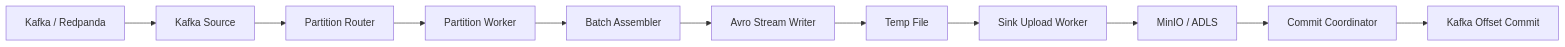
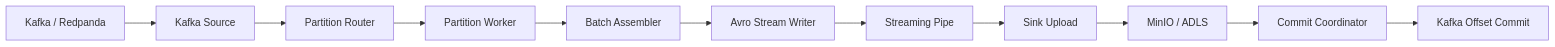
One commit to henrrs/data-ingestion-runtime changed the diagram in docs/architecture/current-connector-flow.md. Above: the diagram before and after it, drawn with Mermaid. The commit also changed other lines of this file and 22 other files, not shown here.

````diff
--- a/docs/architecture/current-connector-flow.md
+++ b/docs/architecture/current-connector-flow.md
@@ -19,13 +19,13 @@
 ```mermaid
 flowchart LR
     A["Kafka / Redpanda"] --> B["Kafka Source"]
     B --> C["Partition Router"]
     C --> D["Partition Worker"]
     D --> E["Batch Assembler"]
     E --> F["Avro Stream Writer"]
-    F --> G["Temp File"]
-    G --> H["Sink Upload Worker"]
+    F --> G["Streaming Pipe"]
+    G --> H["Sink Upload"]
     H --> I["MinIO / ADLS"]
     I --> J["Commit Coordinator"]
     J --> K["Kafka Offset Commit"]
 ```
````
